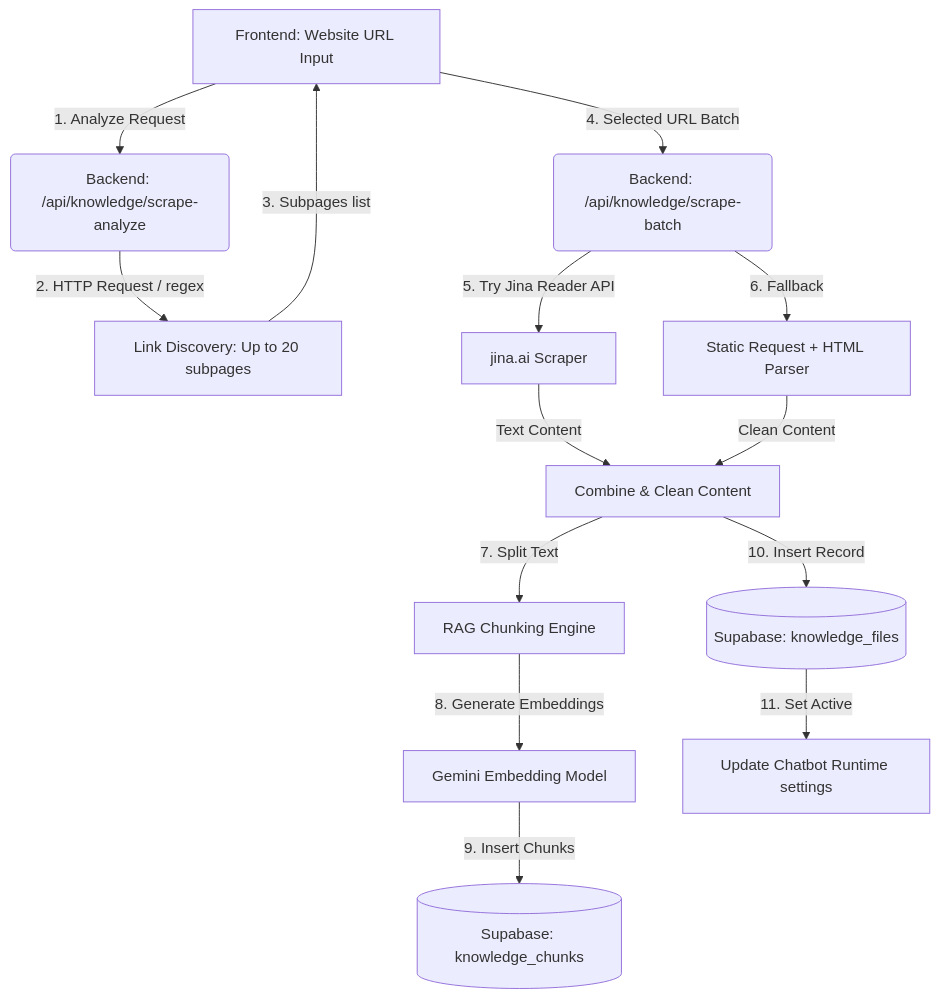
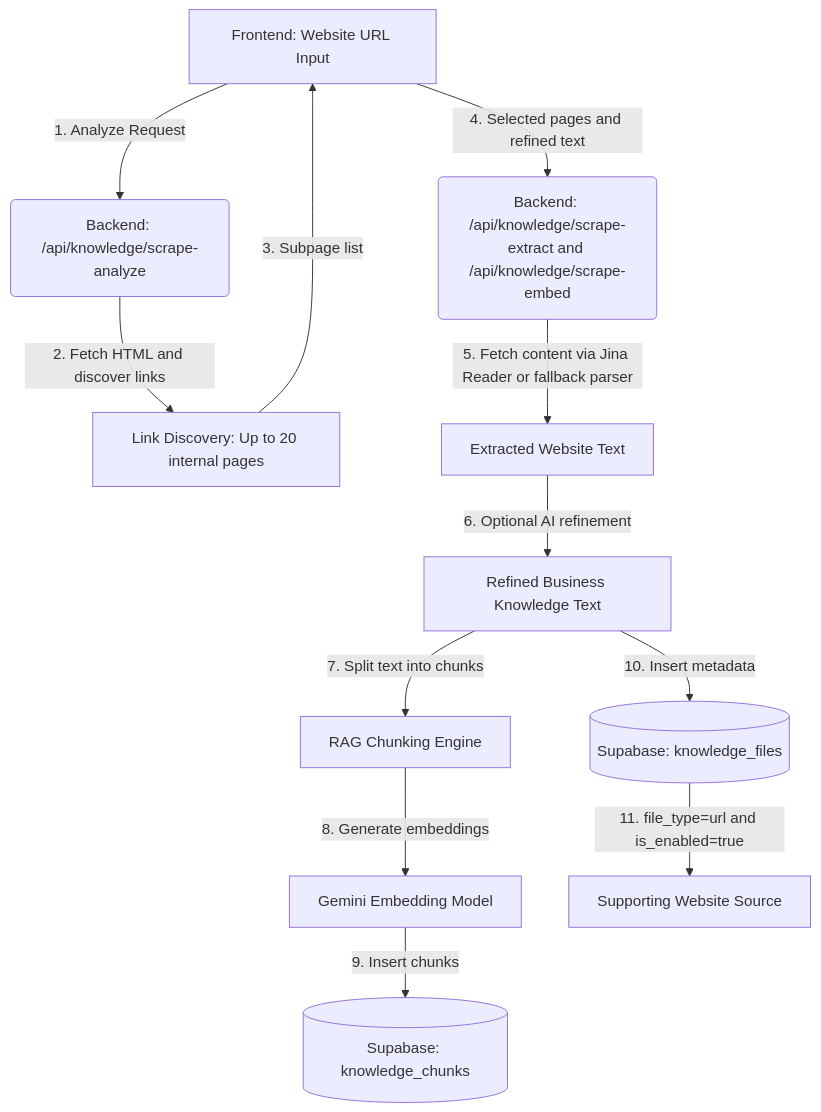
The diagram in web_scraping_pipeline_report.md (aibot-chatbot/Whatsapp_Chatbot), drawn with Mermaid before and after one commit. The commit also changed other lines of this file and 5 other files, not shown here.

````diff
--- a/web_scraping_pipeline_report.md
+++ b/web_scraping_pipeline_report.md
@@ -11,16 +19,14 @@
 ```mermaid
 graph TD
     A[Frontend: Website URL Input] -->|1. Analyze Request| B(Backend: /api/knowledge/scrape-analyze)
-    B -->|2. HTTP Request / regex| C[Link Discovery: Up to 20 subpages]
-    C -->|3. Subpages list| A
-    A -->|4. Selected URL Batch| D(Backend: /api/knowledge/scrape-batch)
-    D -->|5. Try Jina Reader API| E[jina.ai Scraper]
-    D -->|6. Fallback| F[Static Request + HTML Parser]
-    E -->|Text Content| G[Combine & Clean Content]
-    F -->|Clean Content| G
-    G -->|7. Split Text| H[RAG Chunking Engine]
-    H -->|8. Generate Embeddings| I[Gemini Embedding Model]
-    I -->|9. Insert Chunks| J[(Supabase: knowledge_chunks)]
-    G -->|10. Insert Record| K[(Supabase: knowledge_files)]
-    K -->|11. Set Active| L[Update Chatbot Runtime settings]
+    B -->|2. Fetch HTML and discover links| C[Link Discovery: Up to 20 internal pages]
+    C -->|3. Subpage list| A
+    A -->|4. Selected pages and refined text| D(Backend: /api/knowledge/scrape-extract and /api/knowledge/scrape-embed)
+    D -->|5. Fetch content via Jina Reader or fallback parser| E[Extracted Website Text]
+    E -->|6. Optional AI refinement| F[Refined Business Knowledge Text]
+    F -->|7. Split text into chunks| G[RAG Chunking Engine]
+    G -->|8. Generate embeddings| H[Gemini Embedding Model]
+    H -->|9. Insert chunks| I[(Supabase: knowledge_chunks)]
+    F -->|10. Insert metadata| J[(Supabase: knowledge_files)]
+    J -->|11. file_type=url and is_enabled=true| K[Supporting Website Source]
 ```
````
